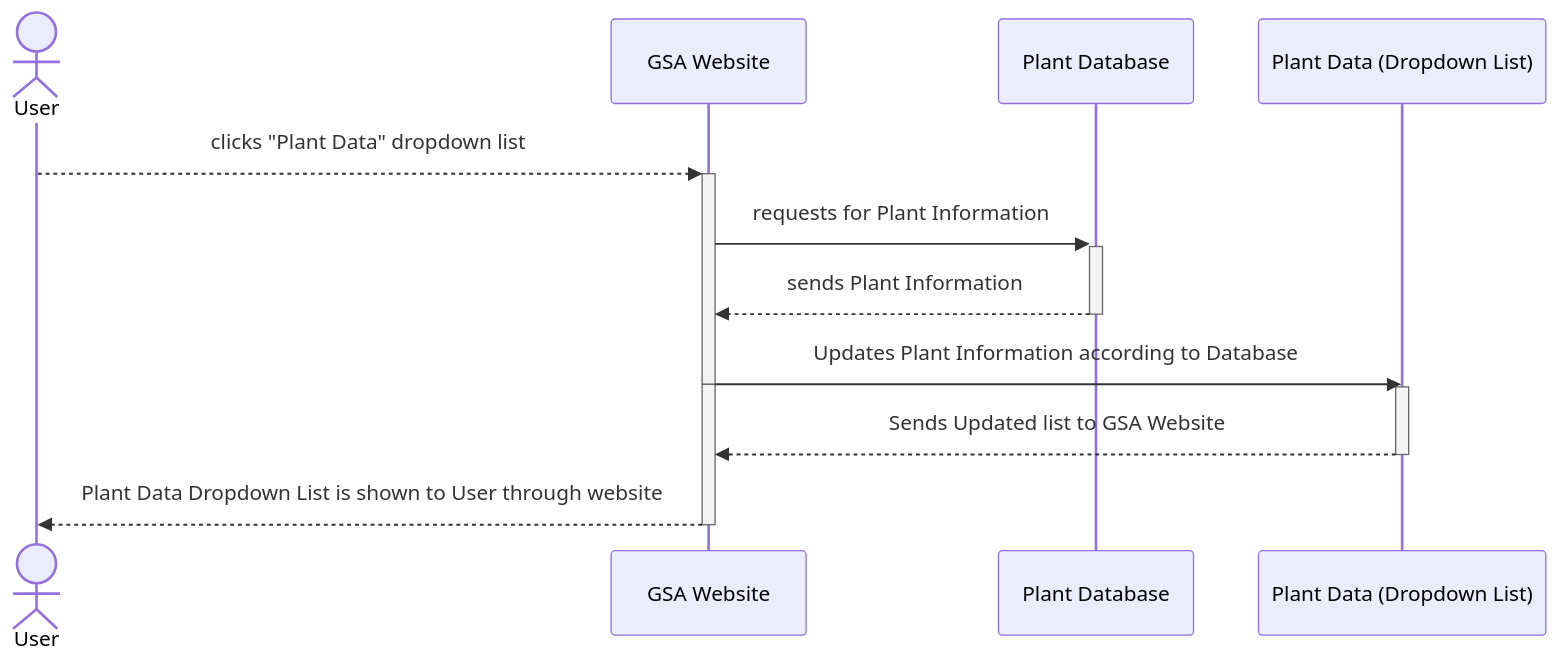
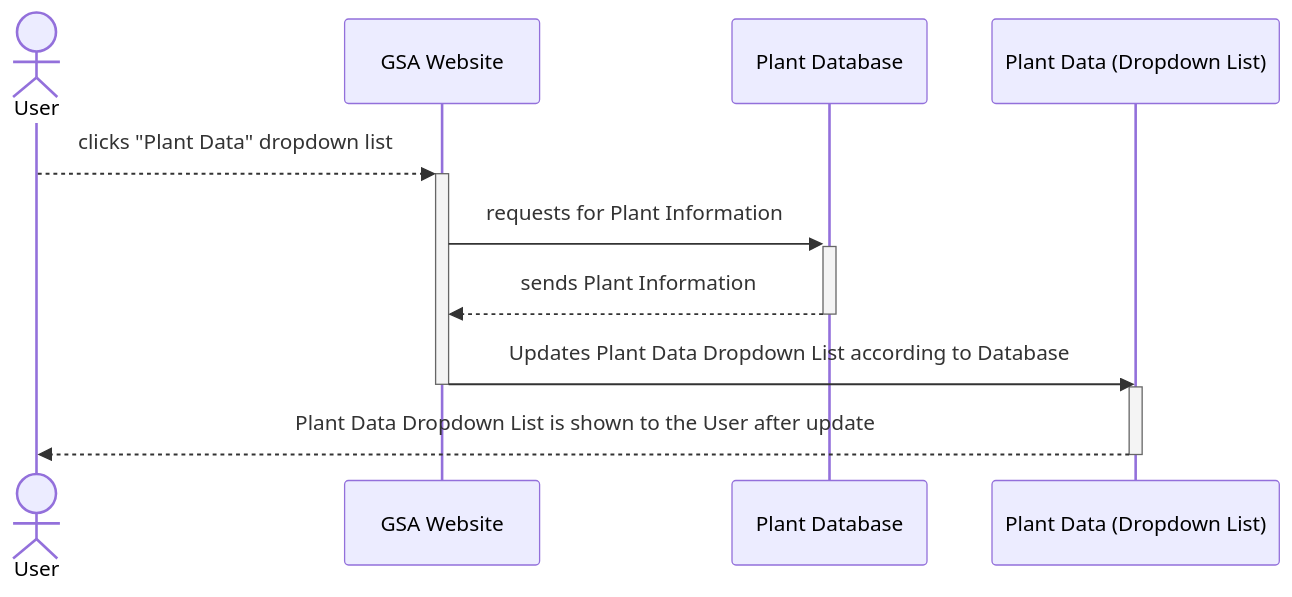
One commit to Capstone-Projects-2023-Fall/project-garden-sensor-array changed the first of 3 diagrams in documentation/docs/system-architecture/sequence_diagrams.md. Above: the diagram before and after it, drawn with Mermaid. The commit also changed other lines of this file, not shown here.

Commit message:
a few changes with description + diagram

````diff
--- a/documentation/docs/system-architecture/sequence_diagrams.md
+++ b/documentation/docs/system-architecture/sequence_diagrams.md
@@ -7,17 +7,16 @@
 ```mermaid
 sequenceDiagram
     Actor User
 
     User -->>+ GSA Website: clicks "Plant Data" dropdown list
     GSA Website->>+Plant Database: requests for Plant Information
    
     Plant Database-->>-GSA Website: sends Plant Information
     
-    GSA Website->>-Plant Data (Dropdown List): Updates Plant Information according to Database
+    GSA Website->>-Plant Data (Dropdown List): Updates Plant Data Dropdown List according to Database
     activate GSA Website
     activate Plant Data (Dropdown List)
-    Plant Data (Dropdown List)-->>-GSA Website: Sends Updated list to GSA Website
+    Plant Data (Dropdown List)-->>-User: Plant Data Dropdown List is shown to the User after update
     
-    GSA Website-->>-User: Plant Data Dropdown List is shown to User through website
     
 ```
````
